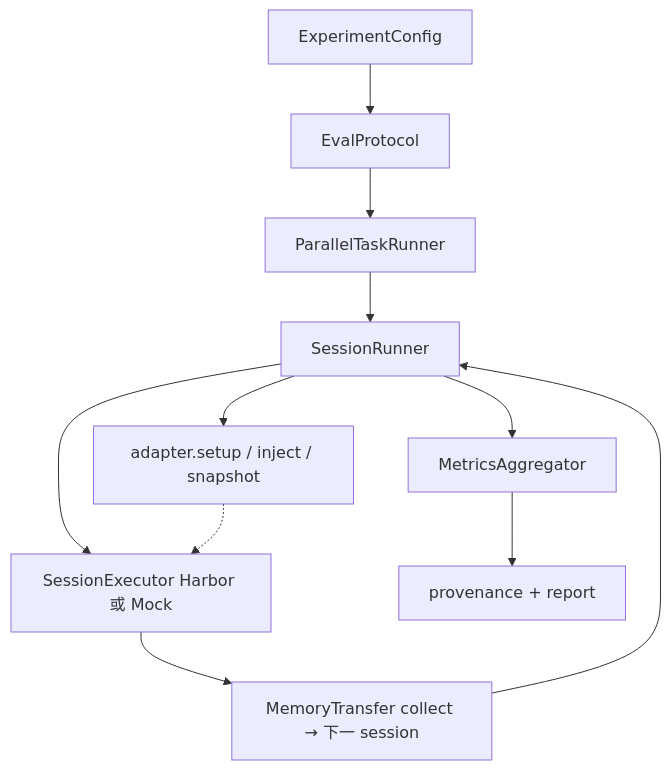
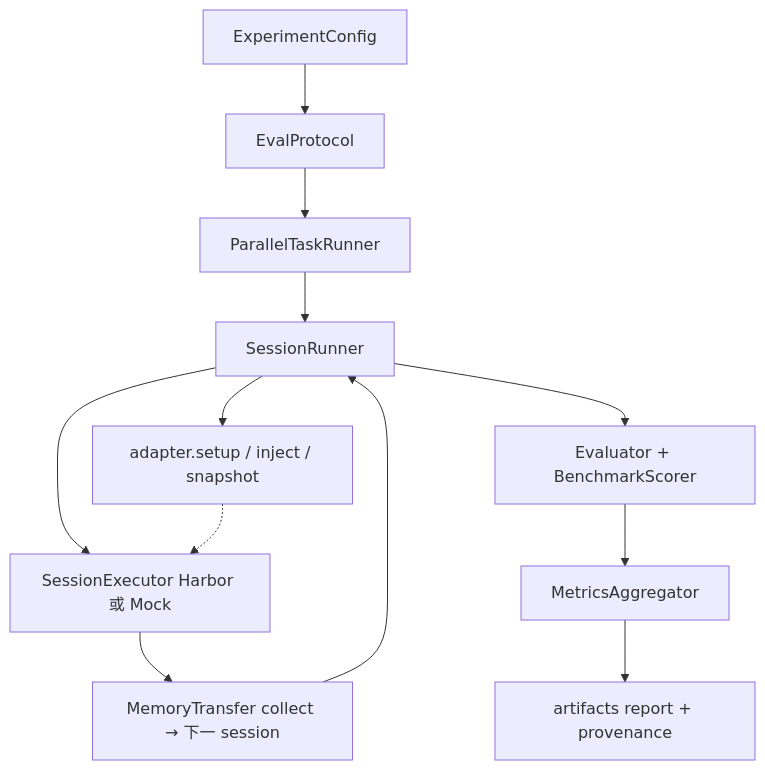
The first of 2 diagrams in GOVERNANCE.md (Postroggy/dumemeval), drawn with Mermaid before and after one commit. The commit also changed other lines of this file and 75 other files, not shown here.

````diff
--- a/GOVERNANCE.md
+++ b/GOVERNANCE.md
@@ -28,13 +28,14 @@
 ```mermaid
 flowchart TD
     CFG["ExperimentConfig"] --> PROTO["EvalProtocol"]
     PROTO --> PARA["ParallelTaskRunner"]
     PARA --> SR["SessionRunner"]
     SR --> AD["adapter.setup / inject / snapshot"]
     SR --> EX["SessionExecutor Harbor 或 Mock"]
     AD -.-> EX
     EX --> MT["MemoryTransfer collect → 下一 session"]
     MT --> SR
-    SR --> AGG["MetricsAggregator"]
-    AGG --> REP["provenance + report"]
+    SR --> EVAL["Evaluator + BenchmarkScorer"]
+    EVAL --> AGG["MetricsAggregator"]
+    AGG --> REP["artifacts report + provenance"]
 ```
````
